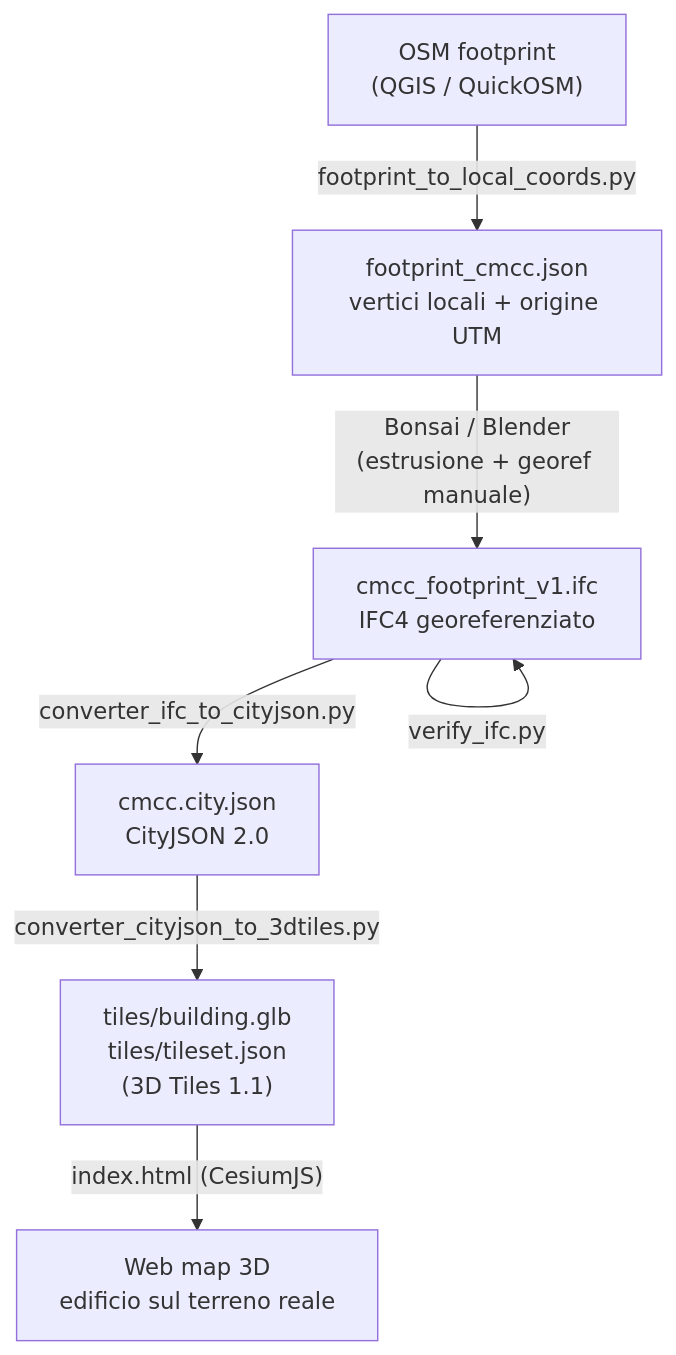
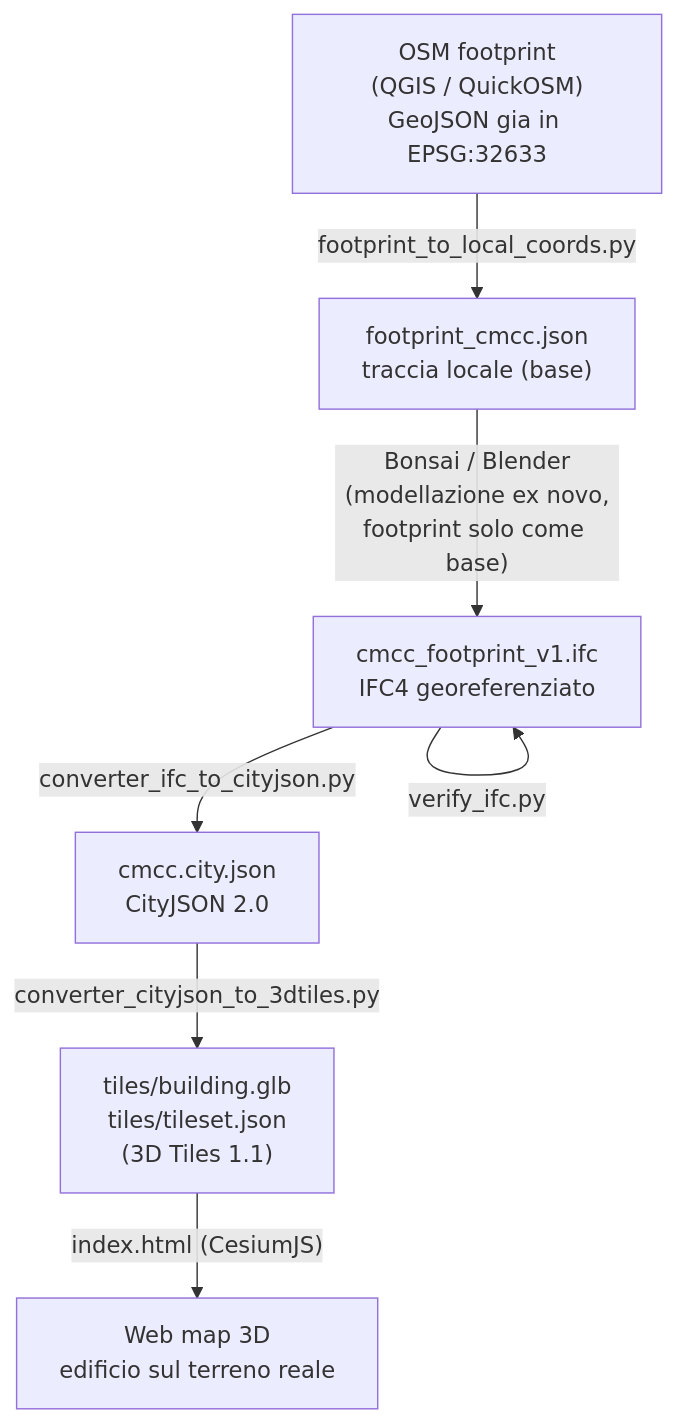
Before and after one commit to Aittam93/appunti-ifc-ifcopenshell: the diagram in cesium_learning/from_gis_to_bim_to_webmap/README.md, drawn with Mermaid. The commit also changed other lines of this file, not shown here.

First line of the commit message:
Doc pipeline: footprint solo come base, BIM ex novo, CRS gia esatto

````diff
--- a/cesium_learning/from_gis_to_bim_to_webmap/README.md
+++ b/cesium_learning/from_gis_to_bim_to_webmap/README.md
@@ -20,9 +21,9 @@
 ```mermaid
 flowchart TD
-    A["OSM footprint<br/>(QGIS / QuickOSM)"] -->|footprint_to_local_coords.py| B["footprint_cmcc.json<br/>vertici locali + origine UTM"]
-    B -->|"Bonsai / Blender<br/>(estrusione + georef manuale)"| C["cmcc_footprint_v1.ifc<br/>IFC4 georeferenziato"]
+    A["OSM footprint<br/>(QGIS / QuickOSM)<br/>GeoJSON gia in EPSG:32633"] -->|footprint_to_local_coords.py| B["footprint_cmcc.json<br/>traccia locale (base)"]
+    B -->|"Bonsai / Blender<br/>(modellazione ex novo,<br/>footprint solo come base)"| C["cmcc_footprint_v1.ifc<br/>IFC4 georeferenziato"]
     C -->|verify_ifc.py| C
     C -->|converter_ifc_to_cityjson.py| D["cmcc.city.json<br/>CityJSON 2.0"]
     D -->|converter_cityjson_to_3dtiles.py| E["tiles/building.glb<br/>tiles/tileset.json<br/>(3D Tiles 1.1)"]
     E -->|"index.html (CesiumJS)"| F["Web map 3D<br/>edificio sul terreno reale"]
 ```
````
